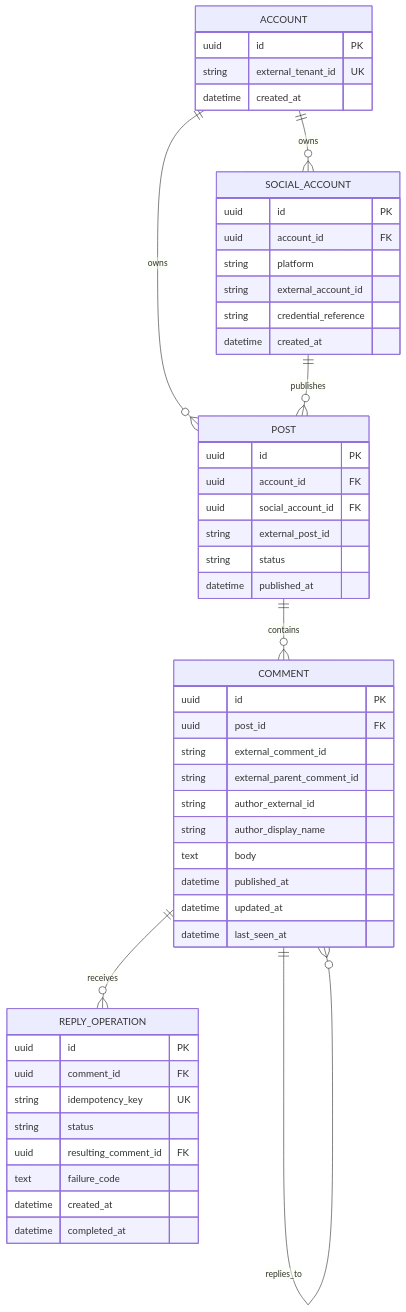
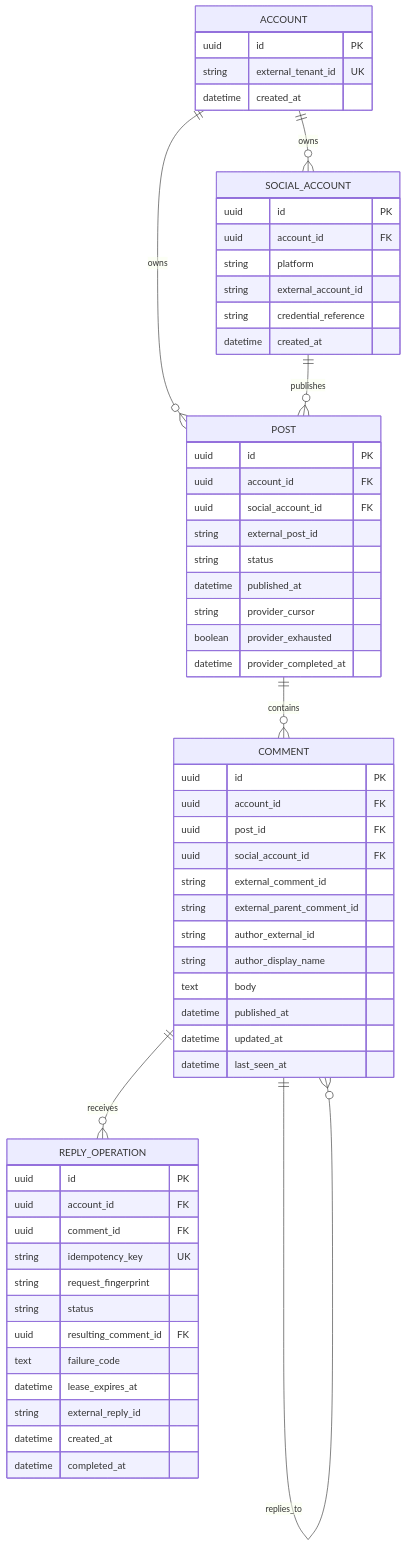
One commit to akin-oz/social-comments-service changed the diagram in docs/database.md. Above: the diagram before and after it, drawn with Mermaid. The commit also changed other lines of this file and 4 other files, not shown here.

````diff
--- a/docs/database.md
+++ b/docs/database.md
@@ -37,57 +39,66 @@
 ```mermaid
 erDiagram
   ACCOUNT ||--o{ SOCIAL_ACCOUNT : owns
   ACCOUNT ||--o{ POST : owns
   SOCIAL_ACCOUNT ||--o{ POST : publishes
   POST ||--o{ COMMENT : contains
   COMMENT ||--o{ COMMENT : replies_to
   COMMENT ||--o{ REPLY_OPERATION : receives
 
   ACCOUNT {
     uuid id PK
     string external_tenant_id UK
     datetime created_at
   }
 
   SOCIAL_ACCOUNT {
     uuid id PK
     uuid account_id FK
     string platform
     string external_account_id
     string credential_reference
     datetime created_at
   }
 
   POST {
     uuid id PK
     uuid account_id FK
     uuid social_account_id FK
     string external_post_id
     string status
     datetime published_at
+    string provider_cursor
+    boolean provider_exhausted
+    datetime provider_completed_at
   }
 
   COMMENT {
     uuid id PK
+    uuid account_id FK
     uuid post_id FK
+    uuid social_account_id FK
     string external_comment_id
     string external_parent_comment_id
     string author_external_id
     string author_display_name
     text body
     datetime published_at
     datetime updated_at
     datetime last_seen_at
   }
 
   REPLY_OPERATION {
     uuid id PK
+    uuid account_id FK
     uuid comment_id FK
     string idempotency_key UK
+    string request_fingerprint
     string status
     uuid resulting_comment_id FK
     text failure_code
+    datetime lease_expires_at
+    string external_reply_id
     datetime created_at
     datetime completed_at
   }
 ```
````
